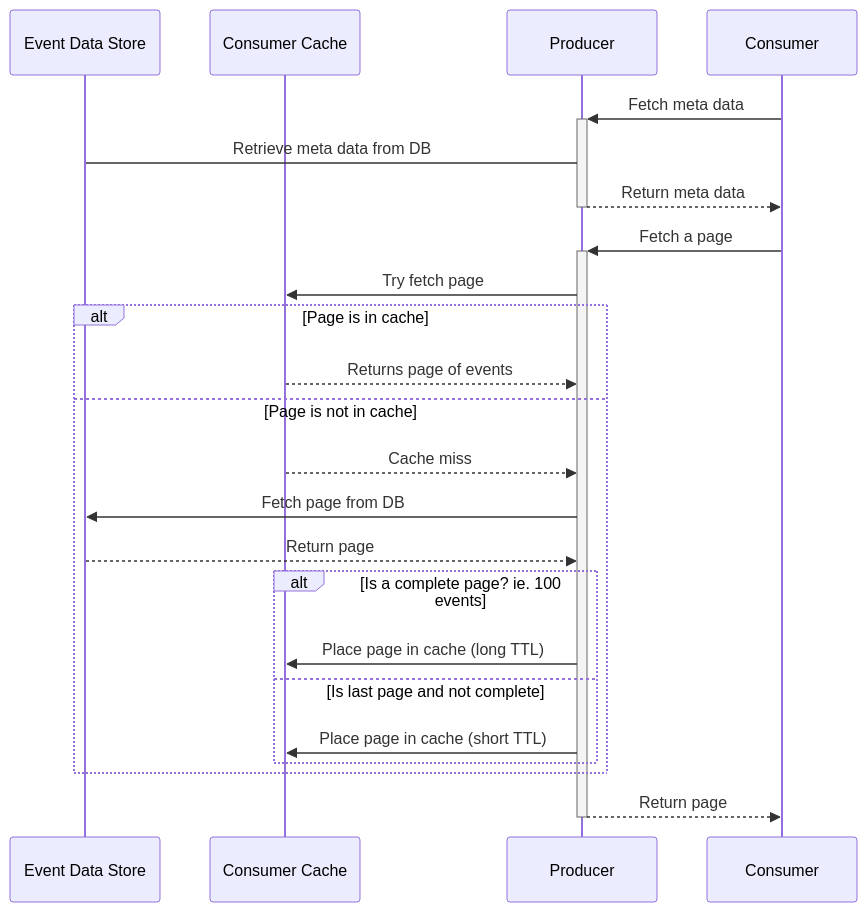
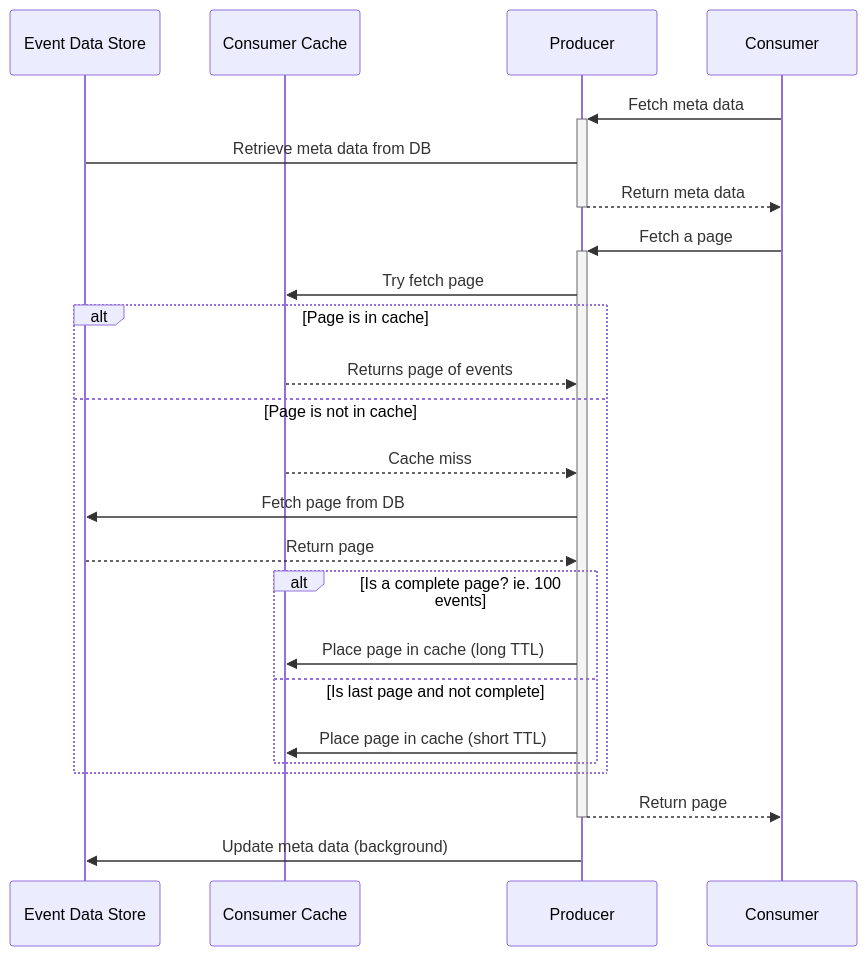
Before and after one commit to dburriss/event-feed: the diagram in design/PRODUCER-MIDDLEWARE.md, drawn with Mermaid. The commit also changed 2 other files, not shown here.

Commit message:
Feedback on PR

````diff
--- a/design/PRODUCER-MIDDLEWARE.md
+++ b/design/PRODUCER-MIDDLEWARE.md
@@ -14,28 +14,29 @@
  ```mermaid
 sequenceDiagram
 
     participant DB as Event Data Store
     participant S as Consumer Cache
     participant P as Producer
     participant C as Consumer
 
     C ->>+ P: Fetch meta data
     P -> DB: Retrieve meta data from DB
     P -->>- C: Return meta data
     
     C ->>+ P: Fetch a page
     P ->> S: Try fetch page
     alt Page is in cache
         S -->> P: Returns page of events
         else Page is not in cache
         S -->> P: Cache miss
         P ->> DB: Fetch page from DB
         DB -->> P: Return page 
         alt Is a complete page? ie. 100 events
             P ->> S: Place page in cache (long TTL)
         else Is last page and not complete
             P ->> S: Place page in cache (short TTL)
         end
     end
     P -->>- C: Return page
+    P ->> DB: Update meta data (background)
 ```
````
